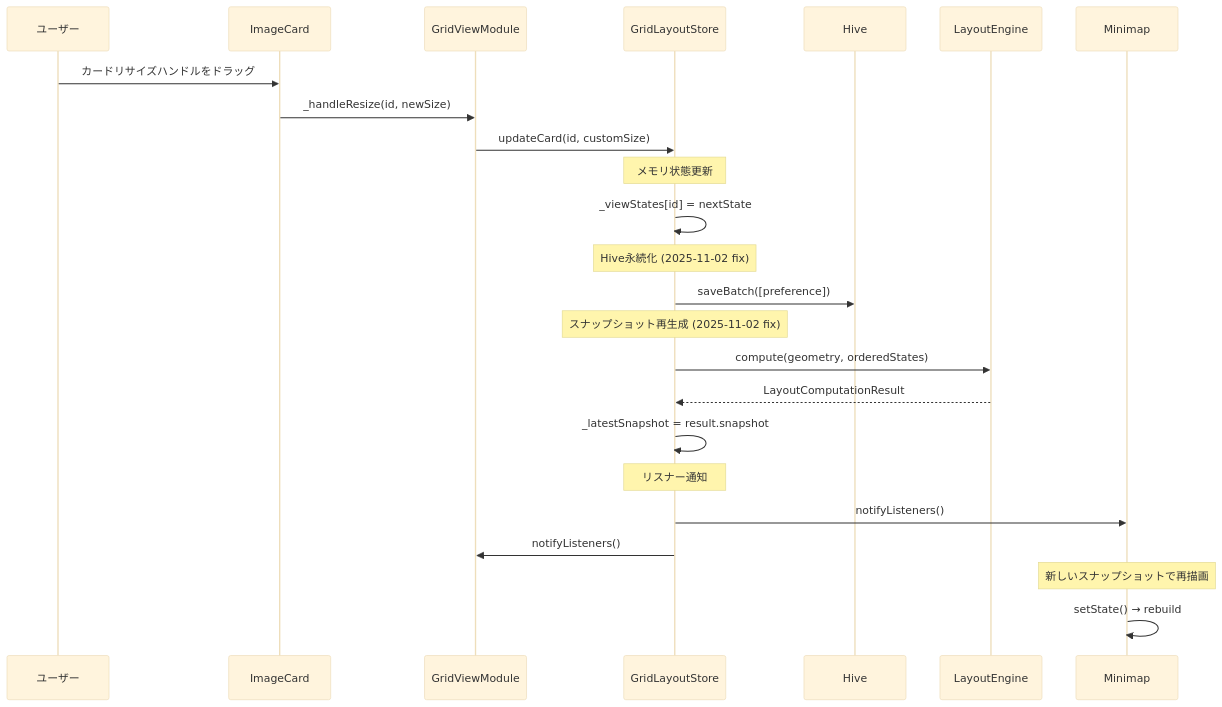
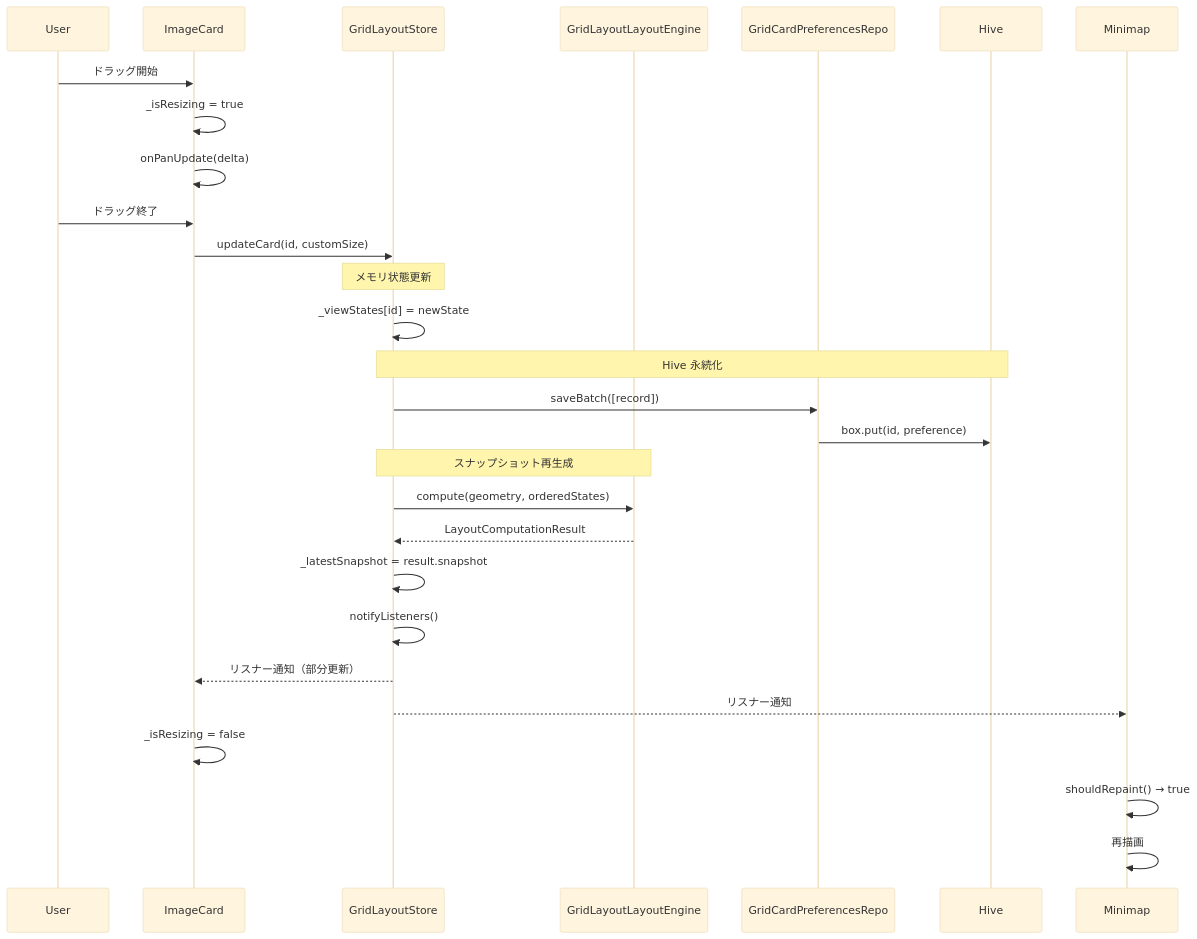
One commit to lietsee/clip-pix changed the fourth of 11 diagrams in docs/architecture/grid_rendering_pipeline.md. Above: the diagram before and after it, drawn with Mermaid (base theme). The commit also changed other lines of this file, not shown here.

First line of the commit message:
docs: enhance grid rendering pipeline documentation

````diff
--- a/docs/architecture/grid_rendering_pipeline.md
+++ b/docs/architecture/grid_rendering_pipeline.md
@@ -111,32 +185,37 @@
 ```mermaid
 sequenceDiagram
-    participant User as ユーザー
-    participant IC as ImageCard
-    participant GVM as GridViewModule
+    participant User
+    participant Card as ImageCard
     participant Store as GridLayoutStore
-    participant Persist as Hive
-    participant Engine as LayoutEngine
-    participant Minimap as Minimap
+    participant Engine as GridLayoutLayoutEngine
+    participant Repo as GridCardPreferencesRepo
+    participant Hive
+    participant Minimap
 
-    User->>IC: カードリサイズハンドルをドラッグ
-    IC->>GVM: _handleResize(id, newSize)
-    GVM->>Store: updateCard(id, customSize)
+    User->>Card: ドラッグ開始
+    Card->>Card: _isResizing = true
+    Card->>Card: onPanUpdate(delta)
+
+    User->>Card: ドラッグ終了
+    Card->>Store: updateCard(id, customSize)
 
     Note over Store: メモリ状態更新
-    Store->>Store: _viewStates[id] = nextState
+    Store->>Store: _viewStates[id] = newState
 
-    Note over Store: Hive永続化 (2025-11-02 fix)
-    Store->>Persist: saveBatch([preference])
+    Note over Store,Hive: Hive 永続化
+    Store->>Repo: saveBatch([record])
+    Repo->>Hive: box.put(id, preference)
 
-    Note over Store: スナップショット再生成 (2025-11-02 fix)
+    Note over Store,Engine: スナップショット再生成
     Store->>Engine: compute(geometry, orderedStates)
     Engine-->>Store: LayoutComputationResult
     Store->>Store: _latestSnapshot = result.snapshot
 
-    Note over Store: リスナー通知
-    Store->>Minimap: notifyListeners()
-    Store->>GVM: notifyListeners()
+    Store->>Store: notifyListeners()
+    Store-->>Card: リスナー通知（部分更新）
+    Store-->>Minimap: リスナー通知
 
-    Note over Minimap: 新しいスナップショットで再描画
-    Minimap->>Minimap: setState() → rebuild
+    Card->>Card: _isResizing = false
+    Minimap->>Minimap: shouldRepaint() → true
+    Minimap->>Minimap: 再描画
 ```
````
